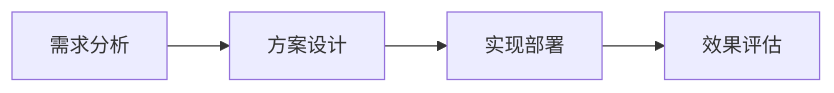
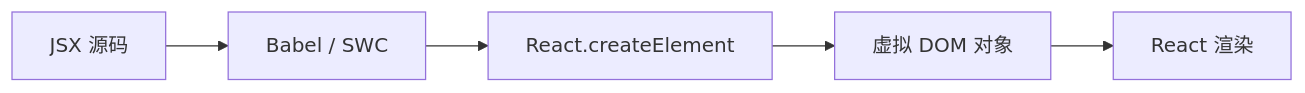
The diagram in articles/React/chapters/022-JSX的实战案例分析.md (yanggan2015/knowledge-json-v2), drawn with Mermaid before and after one commit. The commit also changed other lines of this file and 10127 other files, not shown here.

````diff
--- a/articles/React/chapters/022-JSX的实战案例分析.md
+++ b/articles/React/chapters/022-JSX的实战案例分析.md
@@ -45,10 +34,7 @@
 ```mermaid
 flowchart LR
-    S0[需求分析]
-    S1[方案设计]
-    S2[实现部署]
-    S3[效果评估]
-    S0 --> S1
-    S1 --> S2
-    S2 --> S3
+    A[JSX 源码] --> B[Babel / SWC]
+    B --> C[React.createElement]
+    C --> D[虚拟 DOM 对象]
+    D --> E[React 渲染]
 ```
````
